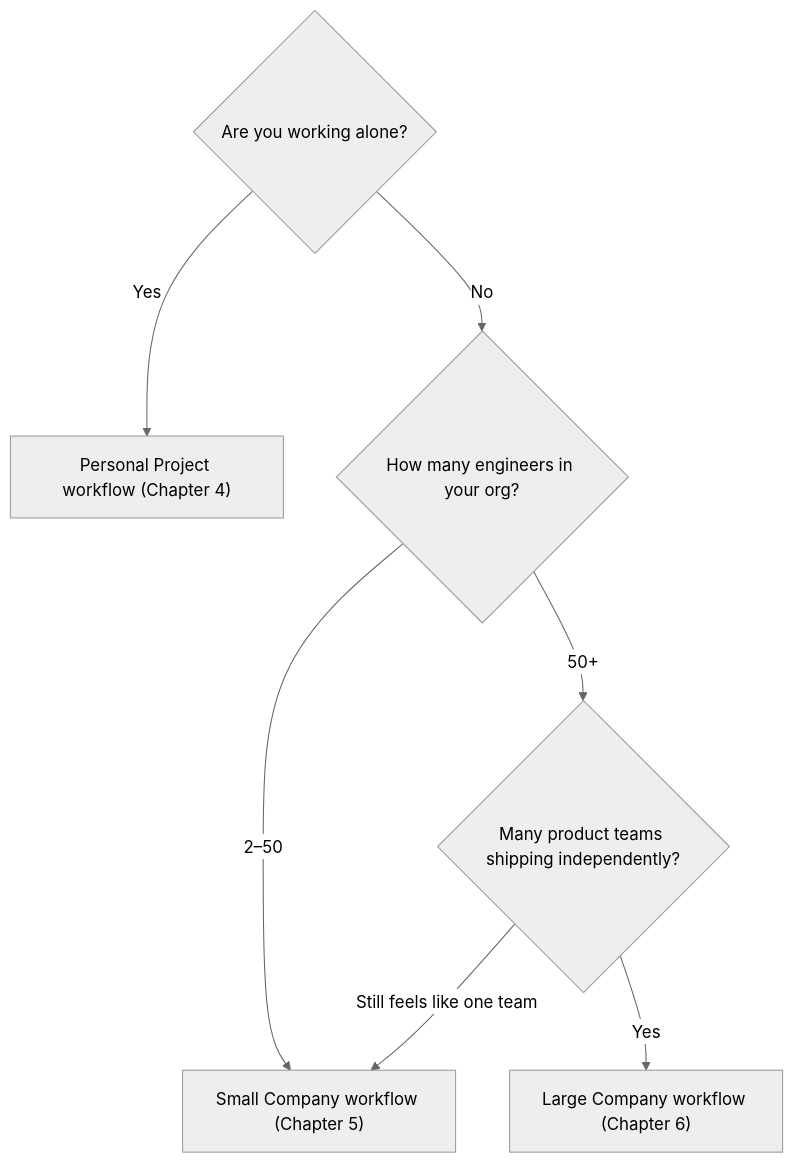
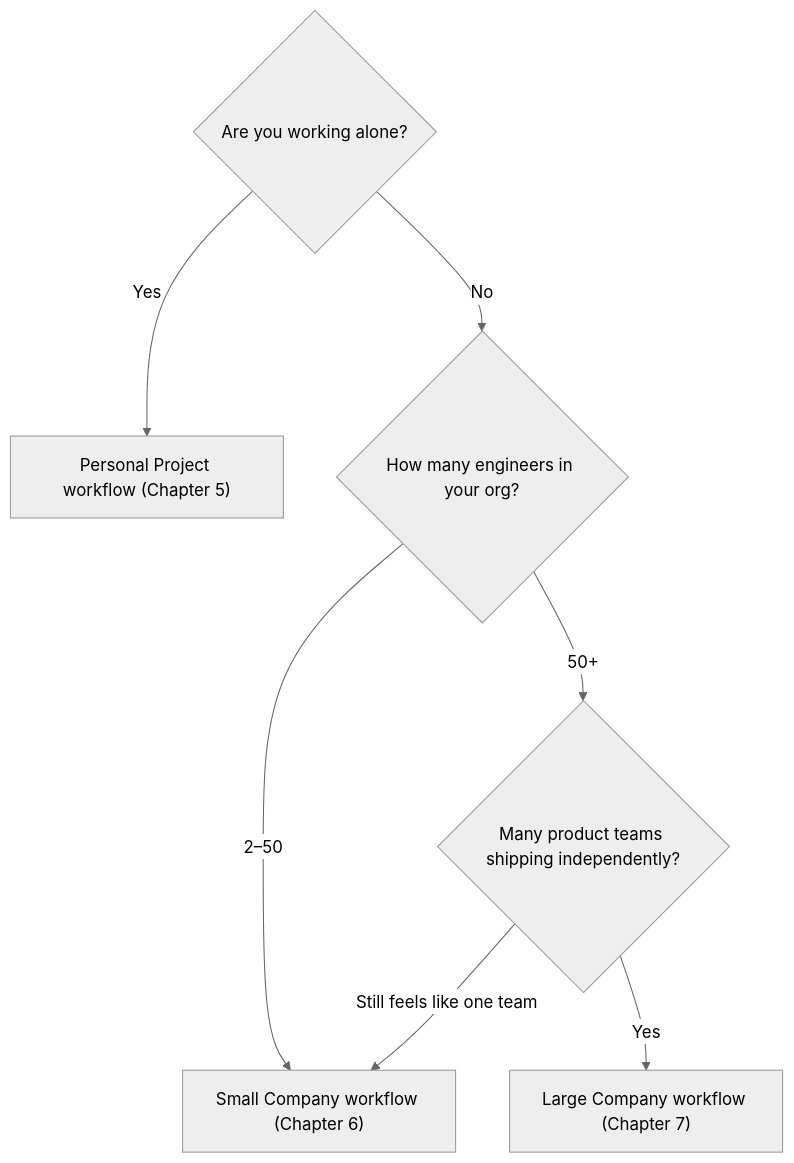
Before and after one commit to tonyx1998/modern-web-dev-guide: the diagram in docs/08-comparison/index.md, drawn with Mermaid (neutral theme). The commit also changed other lines of this file and 79 other files, not shown here.

````diff
--- a/docs/08-comparison/index.md
+++ b/docs/08-comparison/index.md
@@ -41,10 +41,10 @@
 ```mermaid
 flowchart TD
     Start{"Are you working alone?"}
-    Start -->|Yes| Solo["Personal Project workflow (Chapter 4)"]
+    Start -->|Yes| Solo["Personal Project workflow (Chapter 5)"]
     Start -->|No| Size{"How many engineers in your org?"}
-    Size -->|2–50| Startup["Small Company workflow (Chapter 5)"]
+    Size -->|2–50| Startup["Small Company workflow (Chapter 6)"]
     Size -->|50+| Q2{"Many product teams shipping independently?"}
-    Q2 -->|Yes| Ent["Large Company workflow (Chapter 6)"]
+    Q2 -->|Yes| Ent["Large Company workflow (Chapter 7)"]
     Q2 -->|Still feels like one team| Startup
 ```
````
